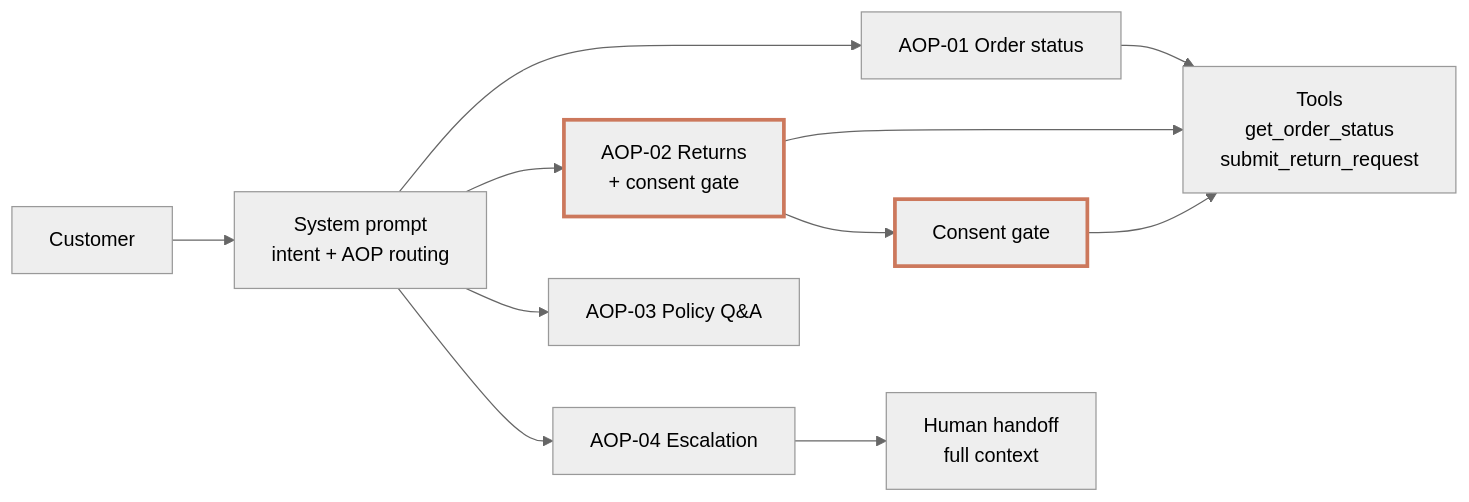
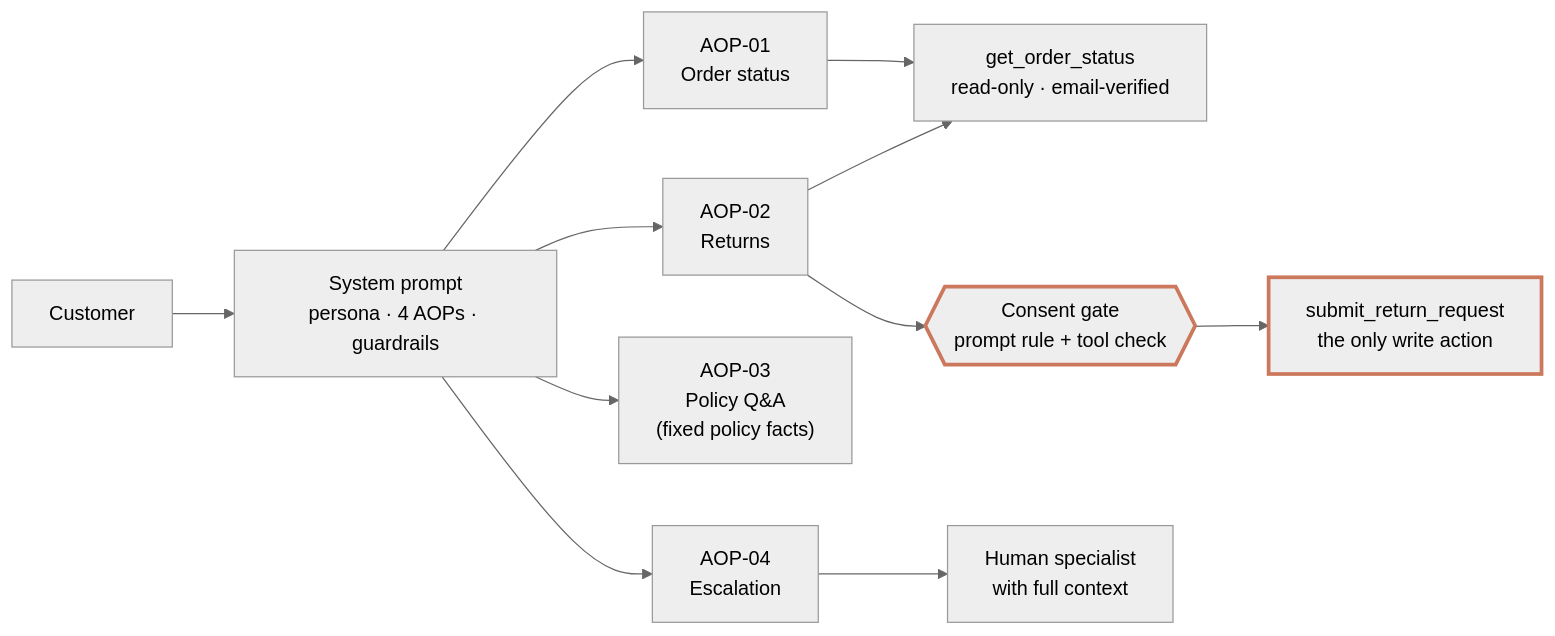
Before and after one commit to MumboJumbo123/bookly-agent: the diagram in README.md, drawn with Mermaid (neutral theme). The commit also changed other lines of this file and 4 other files, not shown here.

First line of the commit message:
Fix consent-gate matching, replace retired model, polish README

````diff
--- a/README.md
+++ b/README.md
@@ -56,15 +54,15 @@
 ```mermaid
 flowchart LR
-    A[Customer] --> B[System prompt<br/>intent + AOP routing]
-    B --> C[AOP-01 Order status]
-    B --> D[AOP-02 Returns<br/>+ consent gate]
-    B --> E[AOP-03 Policy Q&A]
-    B --> F[AOP-04 Escalation]
-    C --> T[Tools<br/>get_order_status<br/>submit_return_request]
-    D --> T
-    D --> G[Consent gate]
-    F --> H[Human handoff<br/>full context]
-    G --> T
-    style D stroke:#CC785C,stroke-width:3px
+    U[Customer] --> P["System prompt<br/>persona · 4 AOPs · guardrails"]
+    P --> A1[AOP-01<br/>Order status]
+    P --> A2[AOP-02<br/>Returns]
+    P --> A3["AOP-03<br/>Policy Q&A<br/>(fixed policy facts)"]
+    P --> A4[AOP-04<br/>Escalation]
+    A1 --> R["get_order_status<br/>read-only · email-verified"]
+    A2 --> R
+    A2 --> G{{"Consent gate<br/>prompt rule + tool check"}}
+    G --> W["submit_return_request<br/>the only write action"]
+    A4 --> H[Human specialist<br/>with full context]
     style G stroke:#CC785C,stroke-width:3px
+    style W stroke:#CC785C,stroke-width:3px
 ```
````
